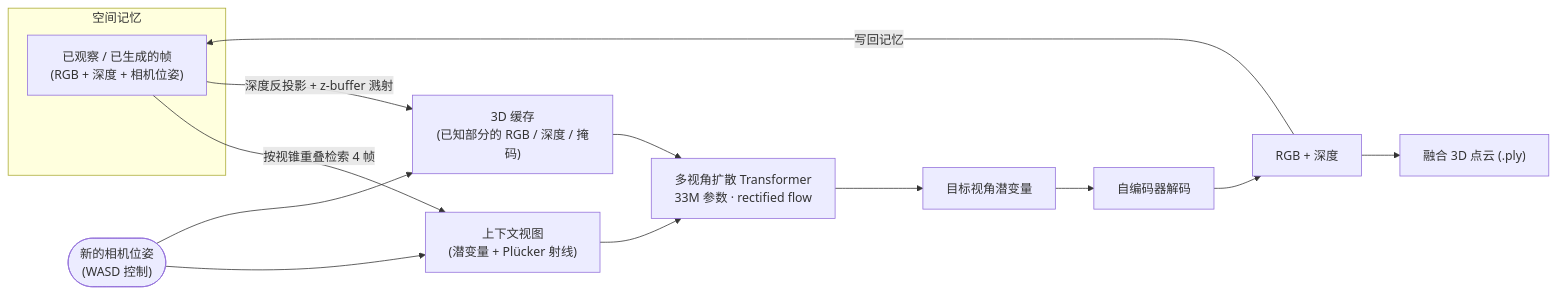
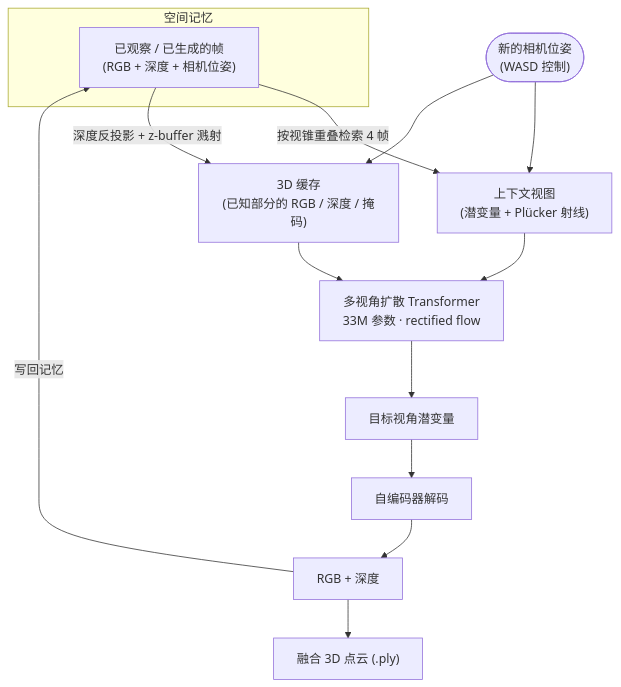
One commit to 5ji653m6/mini-world-model changed the diagram in README.md. Above: the diagram before and after it, drawn with Mermaid. The commit also changed other lines of this file and 1 other file, not shown here.

Commit message:
README: vertical method diagram, shorter sample image

````diff
--- a/README.md
+++ b/README.md
@@ -67,16 +67,16 @@
 ```mermaid
-flowchart LR
+flowchart TB
     subgraph Memory["空间记忆"]
         M["已观察 / 已生成的帧<br/>(RGB + 深度 + 相机位姿)"]
     end
     T(["新的相机位姿<br/>(WASD 控制)"])
     M -- "按视锥重叠检索 4 帧" --> C["上下文视图<br/>(潜变量 + Plücker 射线)"]
     M -- "深度反投影 + z-buffer 溅射" --> K["3D 缓存<br/>(已知部分的 RGB / 深度 / 掩码)"]
     T --> C
     T --> K
     C --> D["多视角扩散 Transformer<br/>33M 参数 · rectified flow"]
     K --> D
     D --> Z["目标视角潜变量"] --> AE["自编码器解码"] --> O["RGB + 深度"]
     O -- "写回记忆" --> M
     O --> P["融合 3D 点云 (.ply)"]
 ```
````
